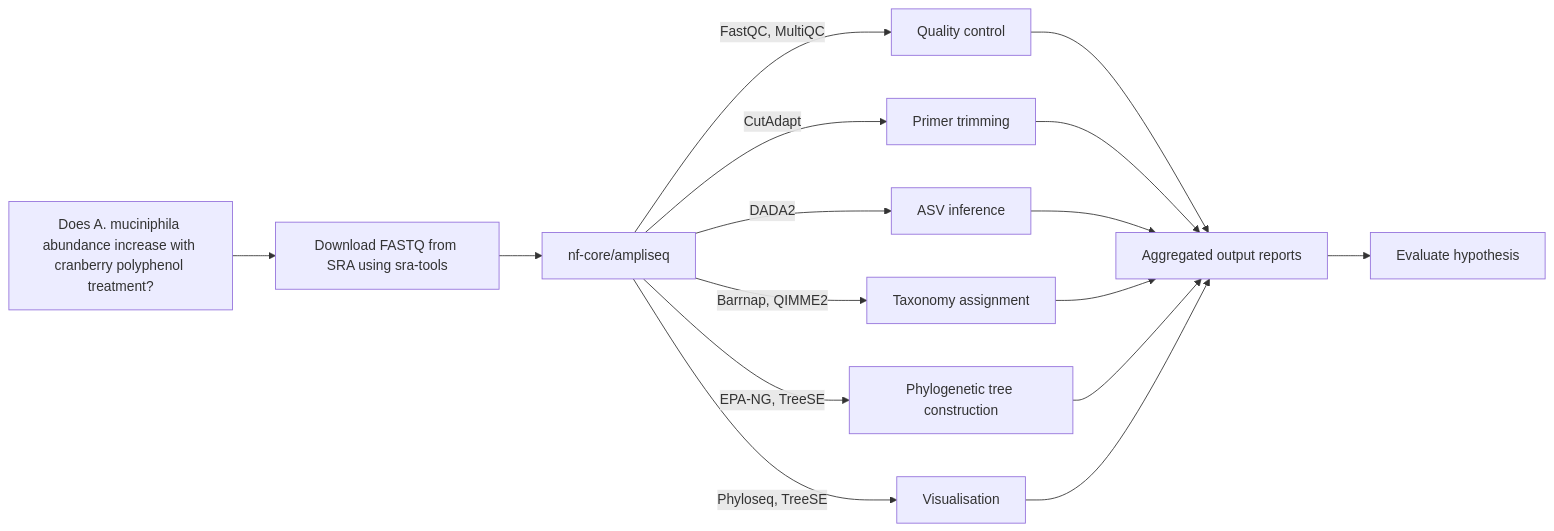
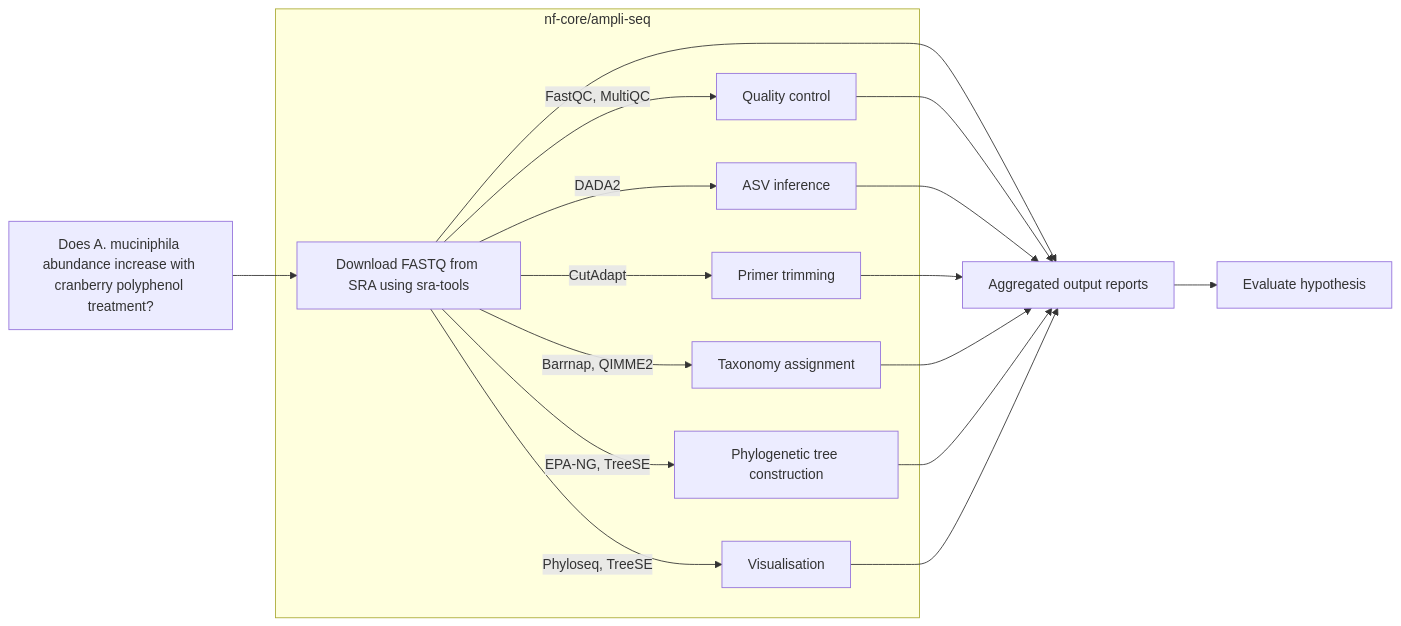
The diagram in README.md (gtiegs/BCHM5420_class_project), drawn with Mermaid before and after one commit.

Commit message:
Update README.md
I think this might make your graph easier to follow.

````diff
--- a/README.md
+++ b/README.md
@@ -4,18 +4,22 @@
 ```mermaid
 flowchart LR
     A[Does A. muciniphila abundance increase with cranberry polyphenol treatment?] --> B[Download FASTQ from SRA using sra-tools]
-    B --> C[nf-core/ampliseq]
-    C --> |FastQC, MultiQC|D[Quality control]
-    C --> |CutAdapt|E[Primer trimming]
-    C --> |DADA2|F[ASV inference]
-    C --> |Barrnap, QIMME2|G[Taxonomy assignment]
-    C --> |EPA-NG, TreeSE|H[Phylogenetic tree construction]
-    C --> |Phyloseq, TreeSE|I[Visualisation]
-    D --> J[Aggregated output reports]
+     subgraph nf-core/ampli-seq   
+        B --> |FastQC, MultiQC|D[Quality control]
+    B --> |CutAdapt|E[Primer trimming]
+    B --> |DADA2|F[ASV inference]
+    B --> |Barrnap, QIMME2|G[Taxonomy assignment]
+    B --> |EPA-NG, TreeSE|H[Phylogenetic tree construction]
+    B --> |Phyloseq, TreeSE|I[Visualisation]
+    end
+    B --> J[Aggregated output reports]
+    D --> J
+    F --> J
     E --> J
-    F --> J
     G --> J
     H --> J
     I --> J
+
+    
     J --> K[Evaluate hypothesis]
 ```
````
